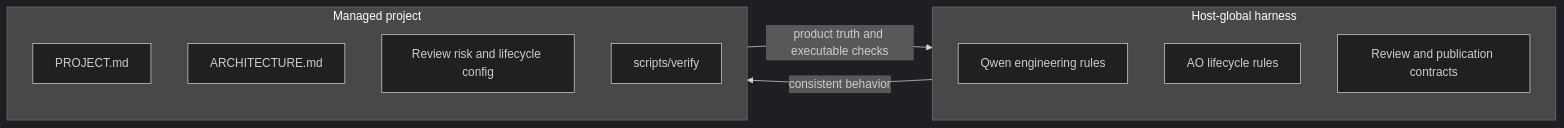
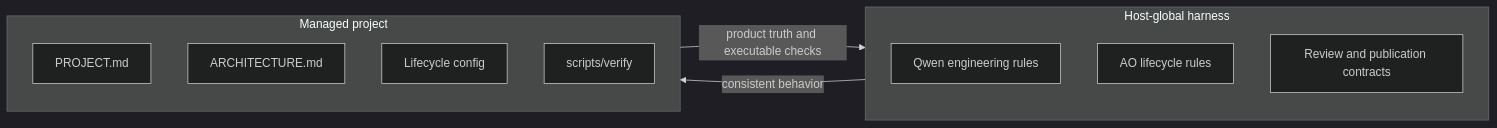
Before and after one commit to ensingerphilipp/AO-QwenCode-Harness: the second of 2 diagrams in README.md, drawn with Mermaid (dark theme). The commit also changed other lines of this file and 37 other files, not shown here.

````diff
--- a/README.md
+++ b/README.md
@@ -177,18 +136,18 @@
 ```mermaid
 flowchart LR
     subgraph HOST[Host-global harness]
         Q[Qwen engineering rules]
         A[AO lifecycle rules]
         R[Review and publication contracts]
     end
 
     subgraph PROJECT[Managed project]
         P[PROJECT.md]
         D[ARCHITECTURE.md]
-        C[Review risk and lifecycle config]
+        C[Lifecycle config]
         V[scripts/verify]
     end
 
     HOST -->|consistent behavior| PROJECT
     PROJECT -->|product truth and executable checks| HOST
 ```
````
